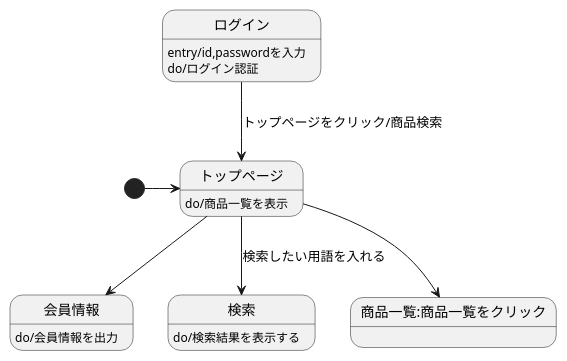
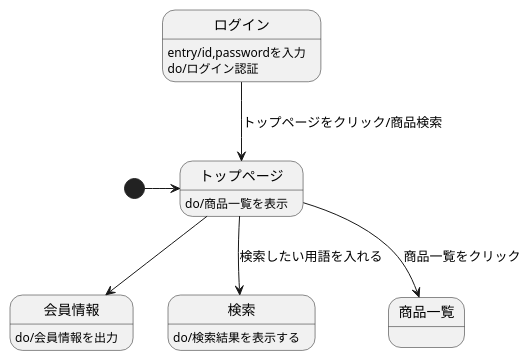
The diagram in 画面遷移図(original).md (Aso2001224/2021sys-design), drawn with PlantUML before and after one commit.

````diff
--- a/画面遷移図(original).md
+++ b/画面遷移図(original).md
@@ -1,14 +1,14 @@
 ```uml
 @startuml
 [*]->トップページ
 トップページ:do/商品一覧を表示
 ログイン-->トップページ:トップページをクリック/商品検索
 ログイン:entry/id,passwordを入力
 ログイン:do/ログイン認証
 トップページ-->会員情報
 会員情報:do/会員情報を出力
 トップページ-->検索 :検索したい用語を入れる
 検索:do/検索結果を表示する
-トップページ-->商品一覧:商品一覧をクリック
+トップページ-->商品一覧 :商品一覧をクリック
 @enduml
 ```
````
